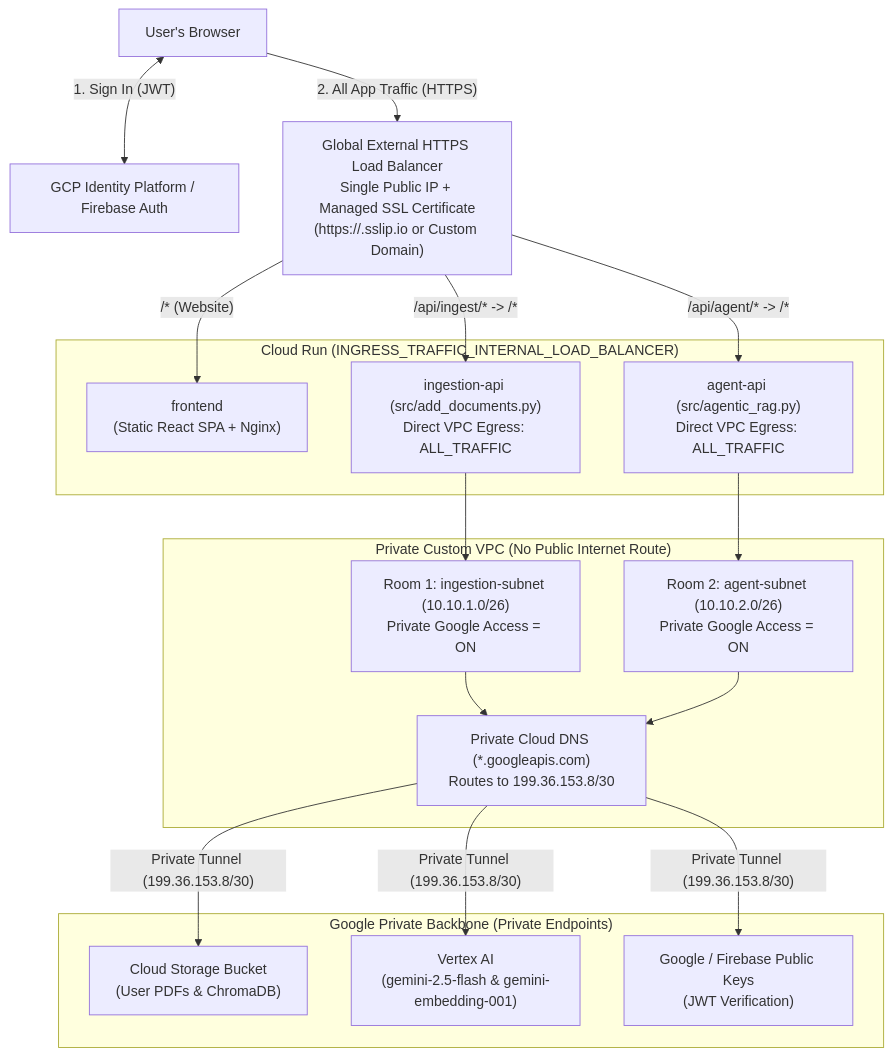
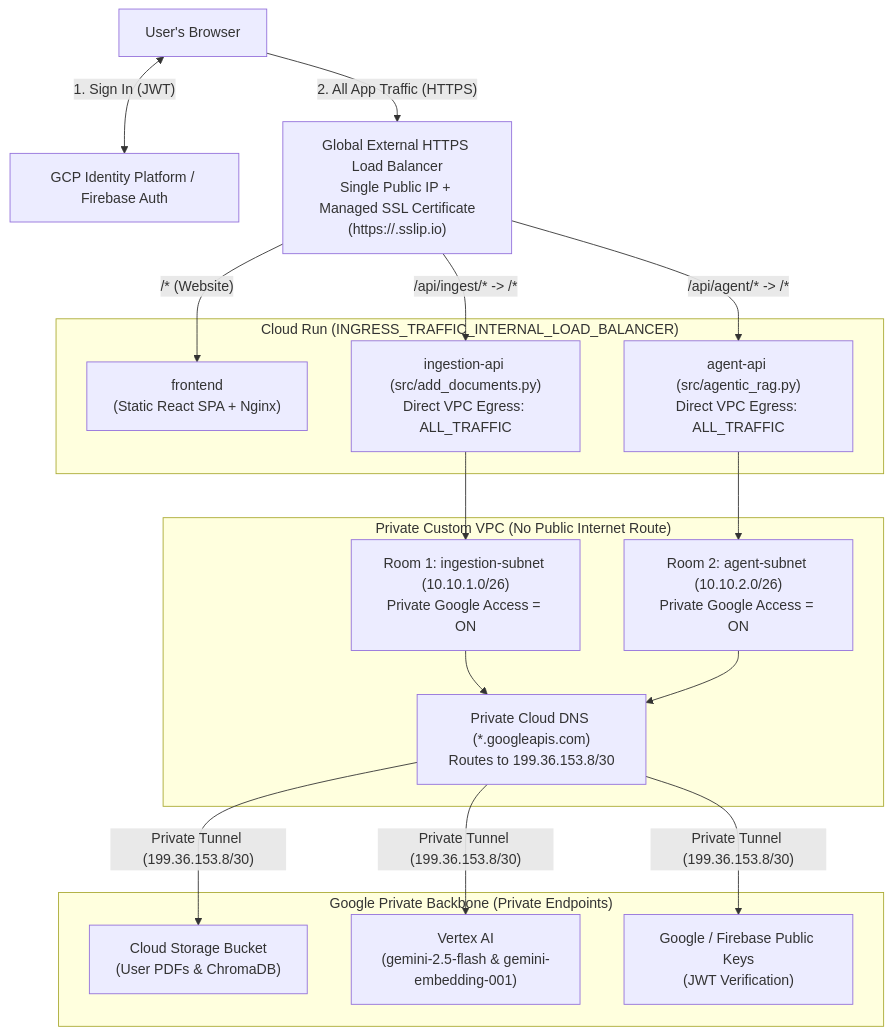
The diagram in docs/NETWORK_SECURITY_PLAN.md (maggiemhanna/interactive_rag), drawn with Mermaid before and after one commit. The commit also changed other lines of this file and 2 other files, not shown here.

Commit message:
chore(infra): remove custom domain option and standardize on automatic sslip.io HTTPS

````diff
--- a/docs/NETWORK_SECURITY_PLAN.md
+++ b/docs/NETWORK_SECURITY_PLAN.md
@@ -21,41 +21,41 @@
 ```mermaid
 flowchart TB
     Browser["User's Browser"]
     Auth["GCP Identity Platform / Firebase Auth"]
 
-    LB["Global External HTTPS Load Balancer\nSingle Public IP + Managed SSL Certificate\n(https://<IP>.sslip.io or Custom Domain)"]
+    LB["Global External HTTPS Load Balancer\nSingle Public IP + Managed SSL Certificate\n(https://<IP-with-dashes>.sslip.io)"]
 
     subgraph LockedCloudRun["Cloud Run (INGRESS_TRAFFIC_INTERNAL_LOAD_BALANCER)"]
         FE["frontend\n(Static React SPA + Nginx)"]
         Ingest["ingestion-api (src/add_documents.py)\nDirect VPC Egress: ALL_TRAFFIC"]
         Agent["agent-api (src/agentic_rag.py)\nDirect VPC Egress: ALL_TRAFFIC"]
     end
 
     subgraph CustomVPC["Private Custom VPC (No Public Internet Route)"]
         SubIngest["Room 1: ingestion-subnet (10.10.1.0/26)\nPrivate Google Access = ON"]
         SubAgent["Room 2: agent-subnet (10.10.2.0/26)\nPrivate Google Access = ON"]
         PrivDNS["Private Cloud DNS (*.googleapis.com)\nRoutes to 199.36.153.8/30"]
     end
 
     subgraph GooglePrivateBackbone["Google Private Backbone (Private Endpoints)"]
         GCS["Cloud Storage Bucket\n(User PDFs & ChromaDB)"]
         Vertex["Vertex AI\n(gemini-2.5-flash & gemini-embedding-001)"]
         JWKS["Google / Firebase Public Keys\n(JWT Verification)"]
     end
 
     Browser <-->|"1. Sign In (JWT)"| Auth
     Browser -->|"2. All App Traffic (HTTPS)"| LB
 
     LB -->|"/* (Website)"| FE
     LB -->|"/api/ingest/* -> /*"| Ingest
     LB -->|"/api/agent/* -> /*"| Agent
 
     Ingest --> SubIngest
     Agent --> SubAgent
     SubIngest --> PrivDNS
     SubAgent --> PrivDNS
 
     PrivDNS -->|"Private Tunnel (199.36.153.8/30)"| GCS
     PrivDNS -->|"Private Tunnel (199.36.153.8/30)"| Vertex
     PrivDNS -->|"Private Tunnel (199.36.153.8/30)"| JWKS
 ```
````
